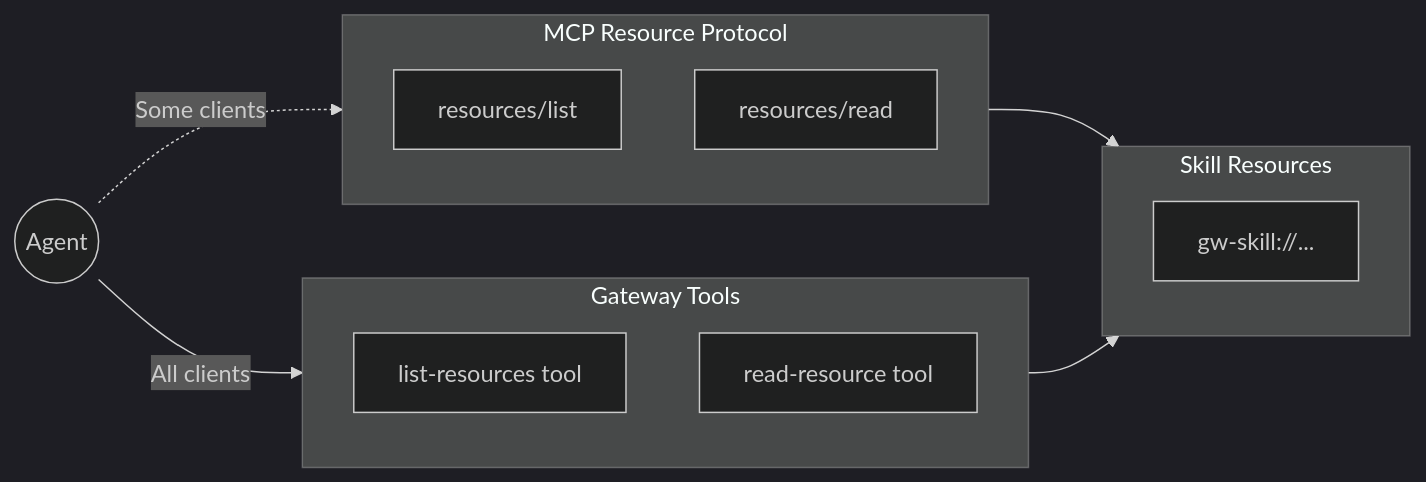
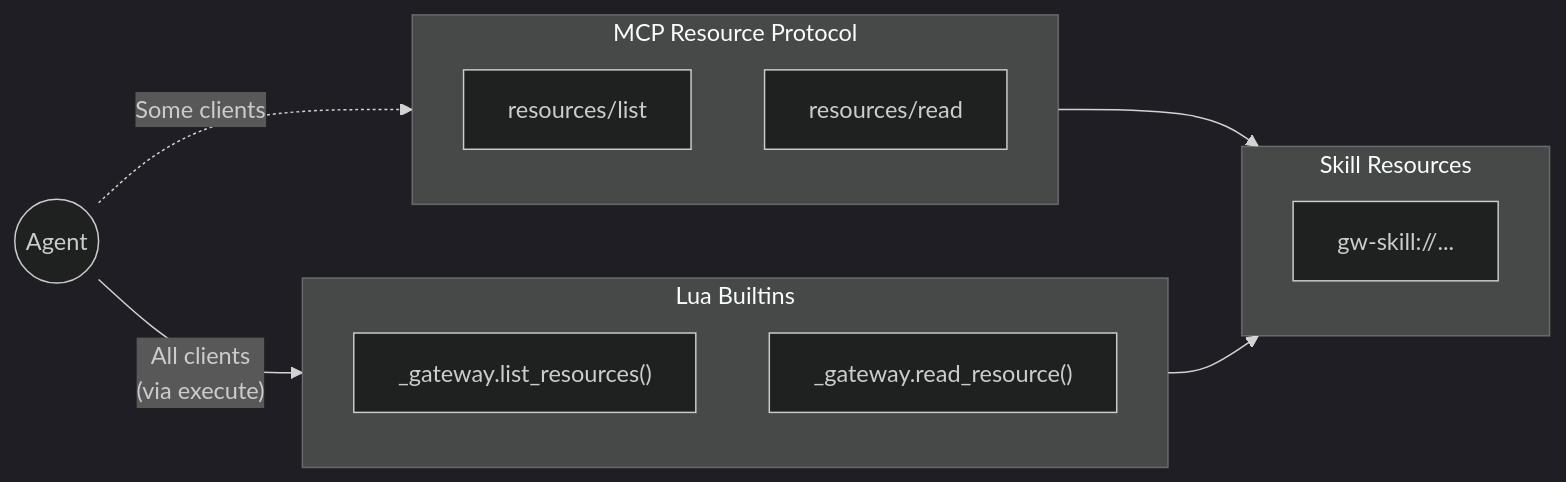
One commit to karashiiro/my-cool-proxy changed the fourth of 5 diagrams in docs/design/skills.md. Above: the diagram before and after it, drawn with Mermaid (dark theme). The commit also changed other lines of this file and 33 other files, not shown here.

First line of the commit message:
refactor: move gateway tools into Lua interpreter as _gateway builtins

````diff
--- a/docs/design/skills.md
+++ b/docs/design/skills.md
@@ -213,23 +226,23 @@
 ```mermaid
 flowchart LR
     subgraph Native["MCP Resource Protocol"]
         R1["resources/list"]
         R2["resources/read"]
     end
 
-    subgraph Tools["Gateway Tools"]
-        T1["list-resources tool"]
-        T2["read-resource tool"]
+    subgraph Builtins["Lua Builtins"]
+        B1["_gateway.list_resources()"]
+        B2["_gateway.read_resource()"]
     end
 
     subgraph Skills["Skill Resources"]
         S["gw-skill://..."]
     end
 
     Native --> Skills
-    Tools --> Skills
+    Builtins --> Skills
 
     Agent((Agent))
     Agent -.->|"Some clients"| Native
-    Agent -->|"All clients"| Tools
+    Agent -->|"All clients<br/>(via execute)"| Builtins
 ```
````
